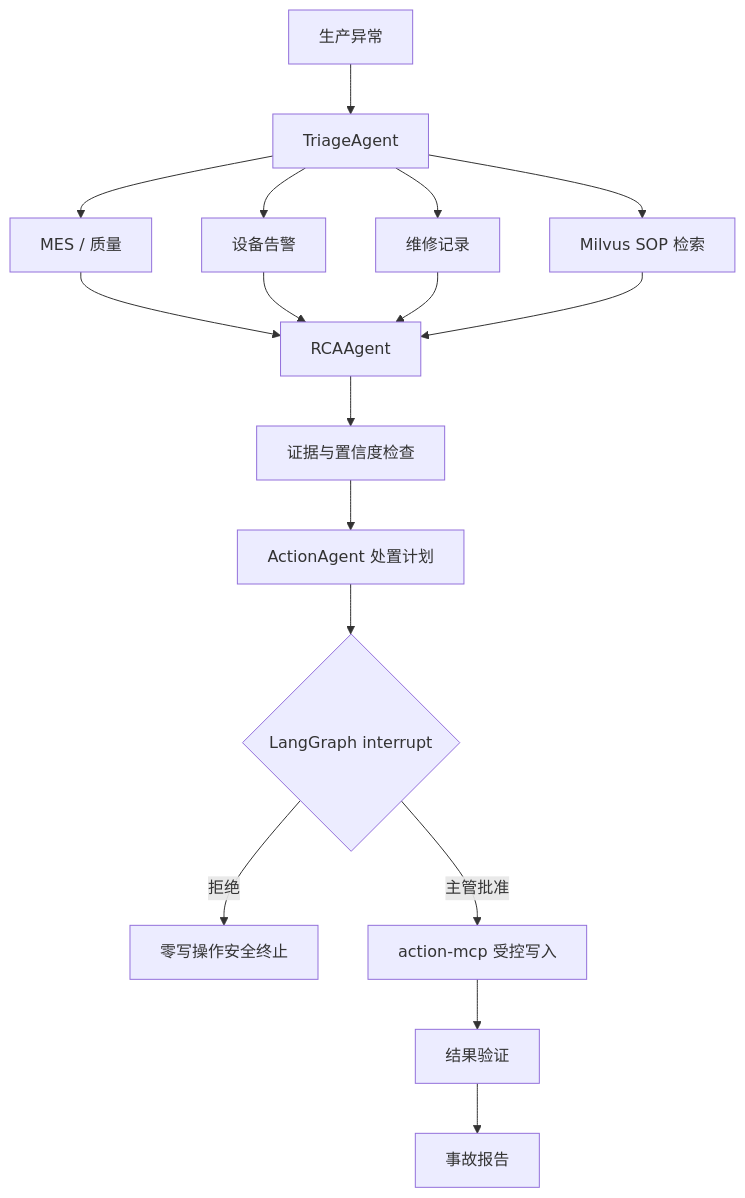
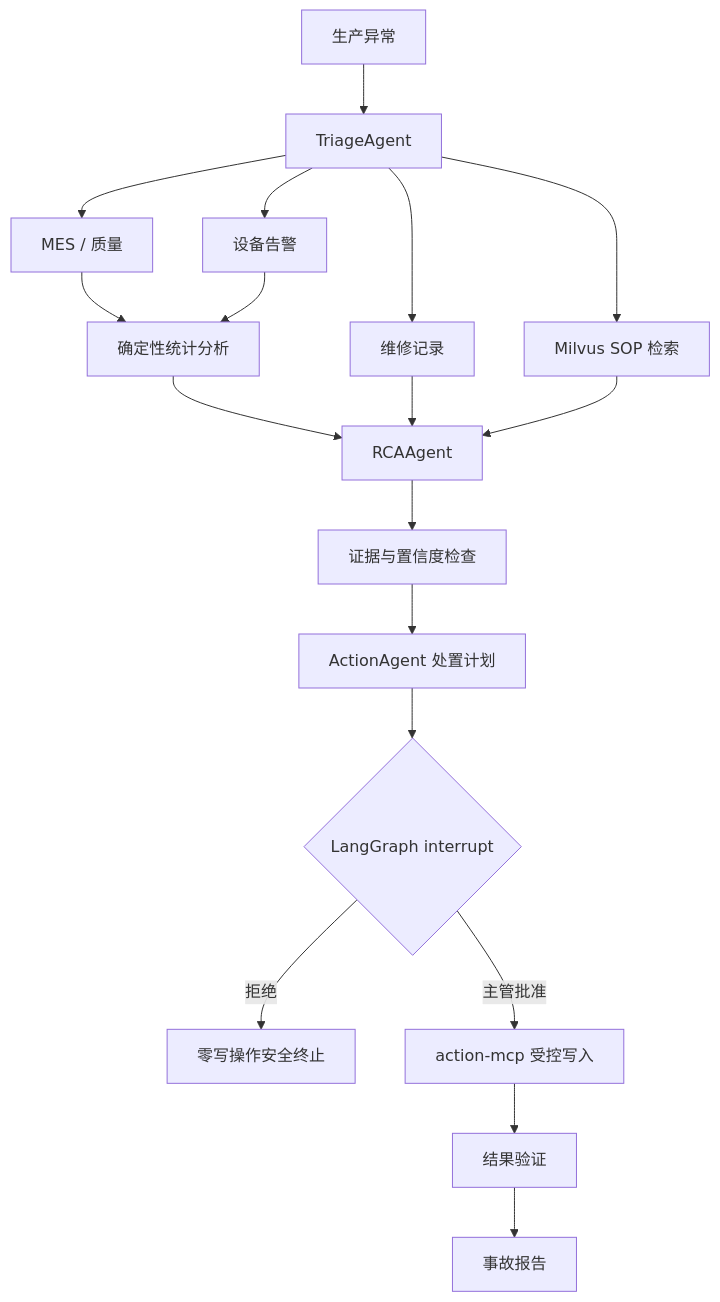
Before and after one commit to liuweiai/agent1: the diagram in README.md, drawn with Mermaid. The commit also changed other lines of this file and 24 other files, not shown here.

````diff
--- a/README.md
+++ b/README.md
@@ -32,19 +33,20 @@
 ```mermaid
 flowchart TD
     U[生产异常] --> T[TriageAgent]
     T --> M[MES / 质量]
     T --> A[设备告警]
     T --> H[维修记录]
     T --> K[Milvus SOP 检索]
-    M --> R[RCAAgent]
-    A --> R
+    M --> S[确定性统计分析]
+    A --> S
+    S --> R[RCAAgent]
     H --> R
     K --> R
     R --> C[证据与置信度检查]
     C --> P[ActionAgent 处置计划]
     P --> I{LangGraph interrupt}
     I -->|拒绝| X[零写操作安全终止]
     I -->|主管批准| E[action-mcp 受控写入]
     E --> V[结果验证]
     V --> O[事故报告]
 ```
````
